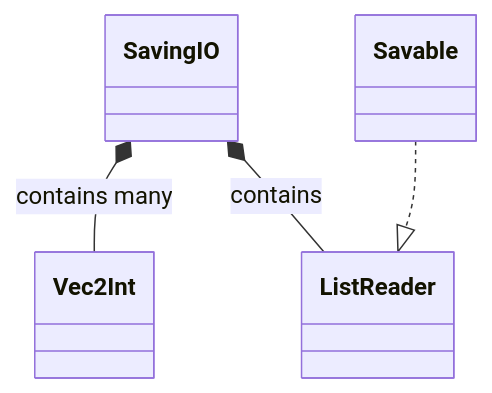
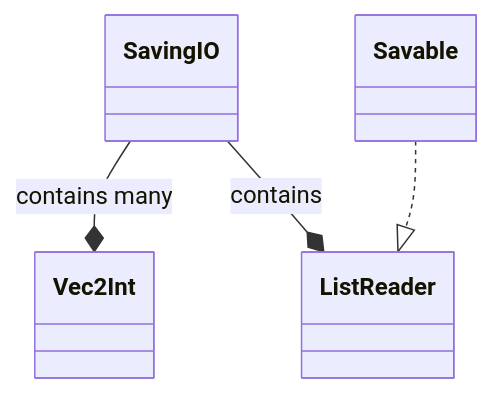
Before and after one commit to Rimaro03/docs-exam-slayer: the first of 9 diagrams in docs/design/class_diagrams.md, drawn with Mermaid. The commit also changed other lines of this file, not shown here.

Commit message:
started component system class diagram

````diff
--- a/docs/design/class_diagrams.md
+++ b/docs/design/class_diagrams.md
@@ -4,6 +4,6 @@
 ```mermaid
 classDiagram
-  SavingIO *-- Vec2Int: contains many
-  SavingIO *-- ListReader: contains
+  SavingIO --* Vec2Int: contains many
+  SavingIO --* ListReader: contains
   Savable ..|> ListReader
 ```
````
